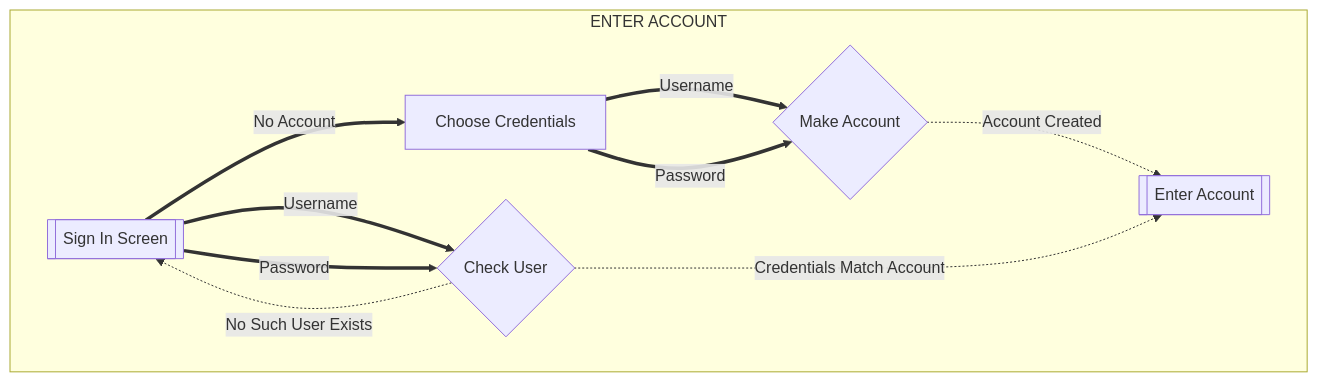
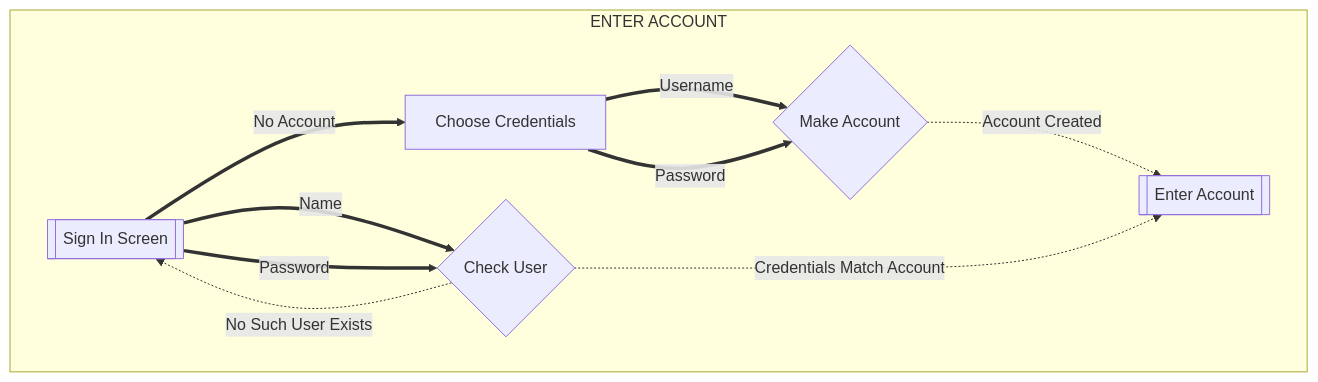
One commit to samanthaegilson/LibrarySystem changed the first of 6 diagrams in README.md. Above: the diagram before and after it, drawn with Mermaid. The commit also changed other lines of this file and 1 other file, not shown here.

Commit message:
Phase 2 start

````diff
--- a/README.md
+++ b/README.md
@@ -34,26 +34,26 @@
 ```mermaid
 flowchart
     subgraph ENTER ACCOUNT
         %% Should logout be apart of this??
         signinscreen[[Sign In Screen]]
 
         signinscreen ==No Account==> chooseCredentials
-        signinscreen ==Username==> checkUser
+        signinscreen ==Name==> checkUser
         signinscreen ==Password==> checkUser
 
         chooseCredentials[Choose Credentials]
         makeAccount{Make Account}
         
         %% Enter name and other information too?
         chooseCredentials ==Username==> makeAccount
         chooseCredentials ==Password==> makeAccount
         makeAccount -.Account Created.-> enterAccount
         
         checkUser{Check User}
         enterAccount[[Enter Account]]
         
         checkUser -.No Such User Exists.->signinscreen
         checkUser -.Credentials Match Account.->enterAccount
             
     end
 ```
````
